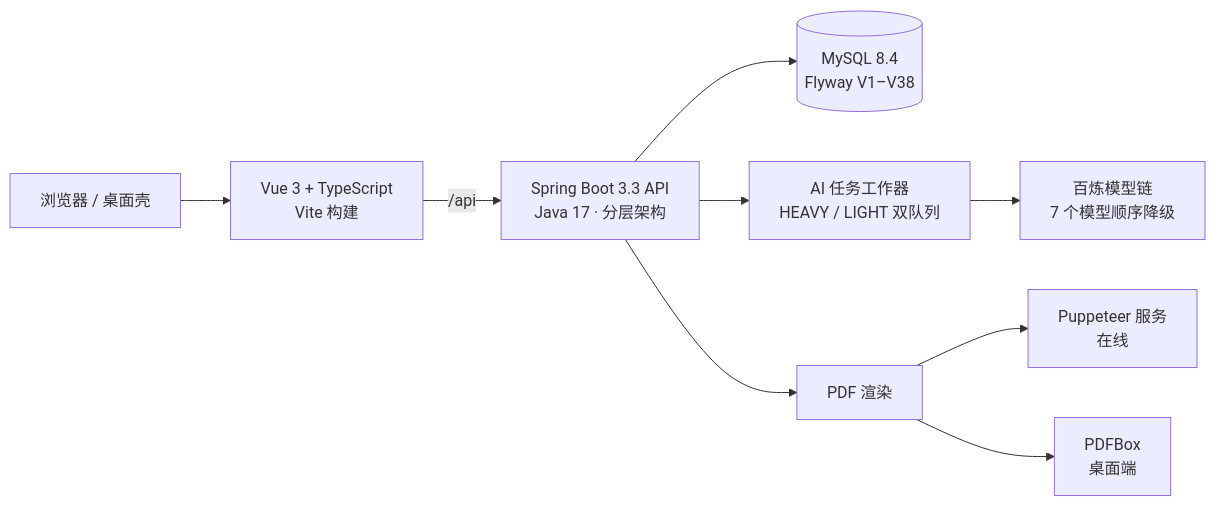
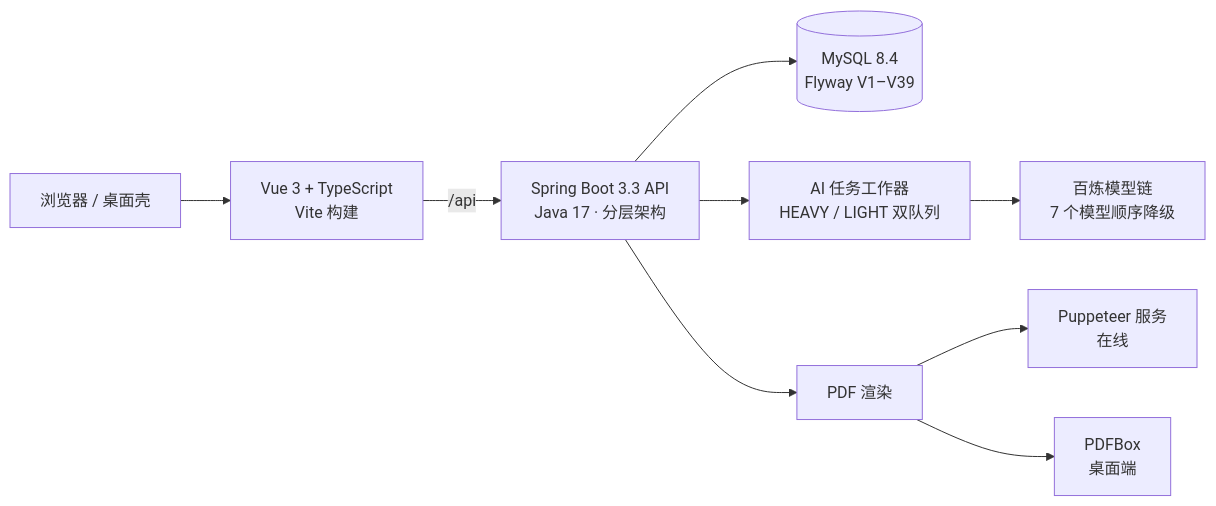
The diagram in README.md (BYNekoNay/intelligent-resume-builder), drawn with Mermaid before and after one commit. The commit also changed other lines of this file and 5 other files, not shown here.

````diff
--- a/README.md
+++ b/README.md
@@ -77,11 +77,11 @@
 ```mermaid
 flowchart LR
   B["浏览器 / 桌面壳"] --> W["Vue 3 + TypeScript<br/>Vite 构建"]
   W -->|"/api"| A["Spring Boot 3.3 API<br/>Java 17 · 分层架构"]
-  A --> DB[("MySQL 8.4<br/>Flyway V1–V38")]
+  A --> DB[("MySQL 8.4<br/>Flyway V1–V39")]
   A --> WK["AI 任务工作器<br/>HEAVY / LIGHT 双队列"]
   WK --> LLM["百炼模型链<br/>7 个模型顺序降级"]
   A --> PDF["PDF 渲染"]
   PDF --> P1["Puppeteer 服务<br/>在线"]
   PDF --> P2["PDFBox<br/>桌面端"]
 ```
````
